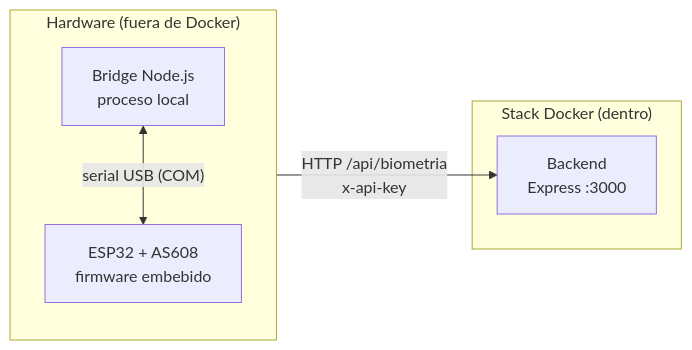
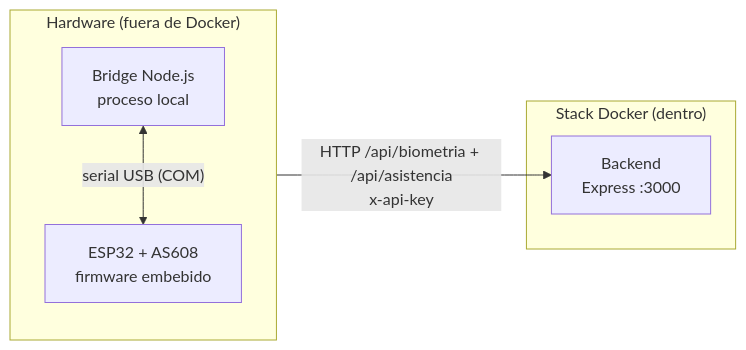
One commit to SebastianDavid2006/Unifit_Final_Project changed the first of 3 diagrams in hardware/README.md. Above: the diagram before and after it, drawn with Mermaid. The commit also changed other lines of this file and 11 other files, not shown here.

````diff
--- a/hardware/README.md
+++ b/hardware/README.md
@@ -19,14 +19,14 @@
 ```mermaid
 flowchart LR
     subgraph docker["Stack Docker (dentro)"]
         be[Backend<br/>Express :3000]
     end
 
     subgraph ext["Hardware (fuera de Docker)"]
         esp32[ESP32 + AS608<br/>firmware embebido]
         bridge[Bridge Node.js<br/>proceso local]
         bridge <-->|"serial USB (COM)"| esp32
     end
 
-    ext -->|"HTTP /api/biometria<br/>x-api-key"| be
+    ext -->|"HTTP /api/biometria + /api/asistencia<br/>x-api-key"| be
 ```
````
